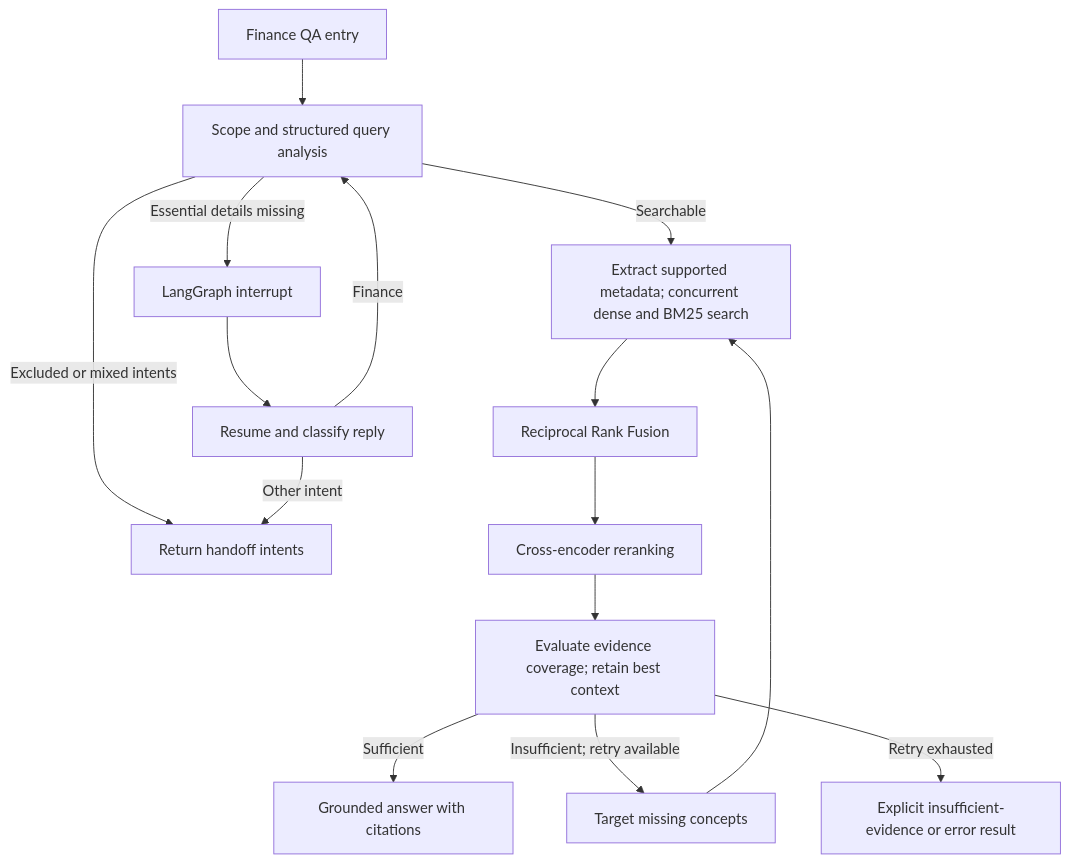
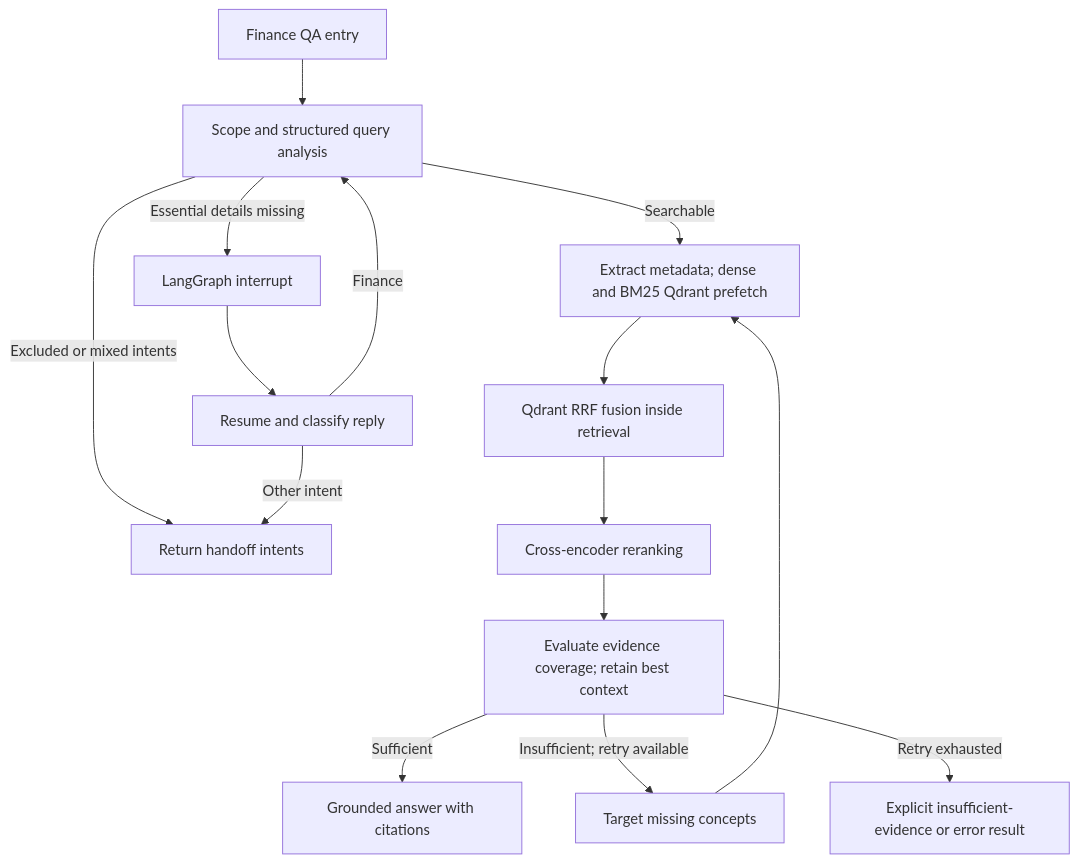
The second of 2 diagrams in README.md (vinodkandibilla/ai-finance-assistant), drawn with Mermaid before and after one commit. The commit also changed other lines of this file and 15 other files, not shown here.

````diff
--- a/README.md
+++ b/README.md
@@ -182,17 +210,17 @@
 ```mermaid
 flowchart TD
     Entry[Finance QA entry] --> Analyze[Scope and structured query analysis]
     Analyze -->|Excluded or mixed intents| Handoff[Return handoff intents]
     Analyze -->|Essential details missing| Clarify[LangGraph interrupt]
     Clarify --> Reply[Resume and classify reply]
     Reply -->|Finance| Analyze
     Reply -->|Other intent| Handoff
-    Analyze -->|Searchable| Retrieve[Extract supported metadata; concurrent dense and BM25 search]
-    Retrieve --> Fuse[Reciprocal Rank Fusion]
+    Analyze -->|Searchable| Retrieve[Extract metadata; dense and BM25 Qdrant prefetch]
+    Retrieve --> Fuse[Qdrant RRF fusion inside retrieval]
     Fuse --> Rerank[Cross-encoder reranking]
     Rerank --> Evaluate[Evaluate evidence coverage; retain best context]
     Evaluate -->|Sufficient| Generate[Grounded answer with citations]
     Evaluate -->|Insufficient; retry available| Reformulate[Target missing concepts]
     Reformulate --> Retrieve
     Evaluate -->|Retry exhausted| Limited[Explicit insufficient-evidence or error result]
 ```
````
